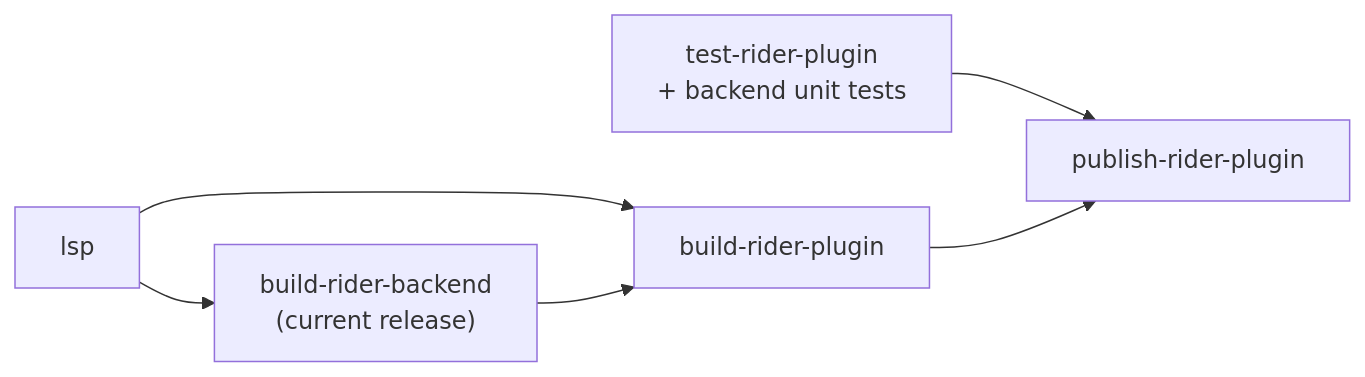
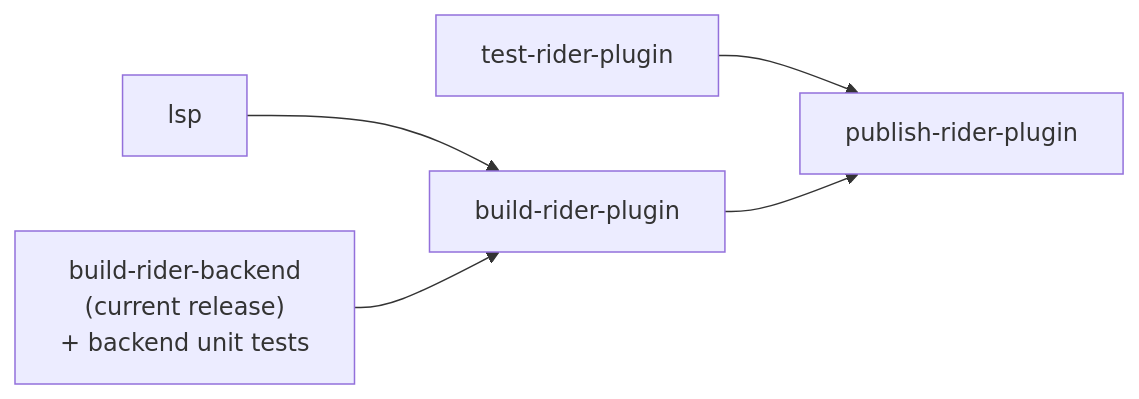
One commit to reqnroll/Reqnroll.IdeSupport changed the diagram in docs/Rider-Feature-Breakpoints-Plan.md. Above: the diagram before and after it, drawn with Mermaid. The commit also changed other lines of this file and 10 other files, not shown here.

First line of the commit message:
Rider: bundle the backend module in every build

````diff
--- a/docs/Rider-Feature-Breakpoints-Plan.md
+++ b/docs/Rider-Feature-Breakpoints-Plan.md
@@ -244,8 +245,8 @@
 ```mermaid
 flowchart LR
-    lsp --> B["build-rider-backend<br/>(current release)"]
+    B["build-rider-backend<br/>(current release)<br/>+ backend unit tests"]
     lsp --> R["build-rider-plugin"]
     B --> R
-    T["test-rider-plugin<br/>+ backend unit tests"] --> P["publish-rider-plugin"]
+    T["test-rider-plugin"] --> P["publish-rider-plugin"]
     R --> P
 ```
````
